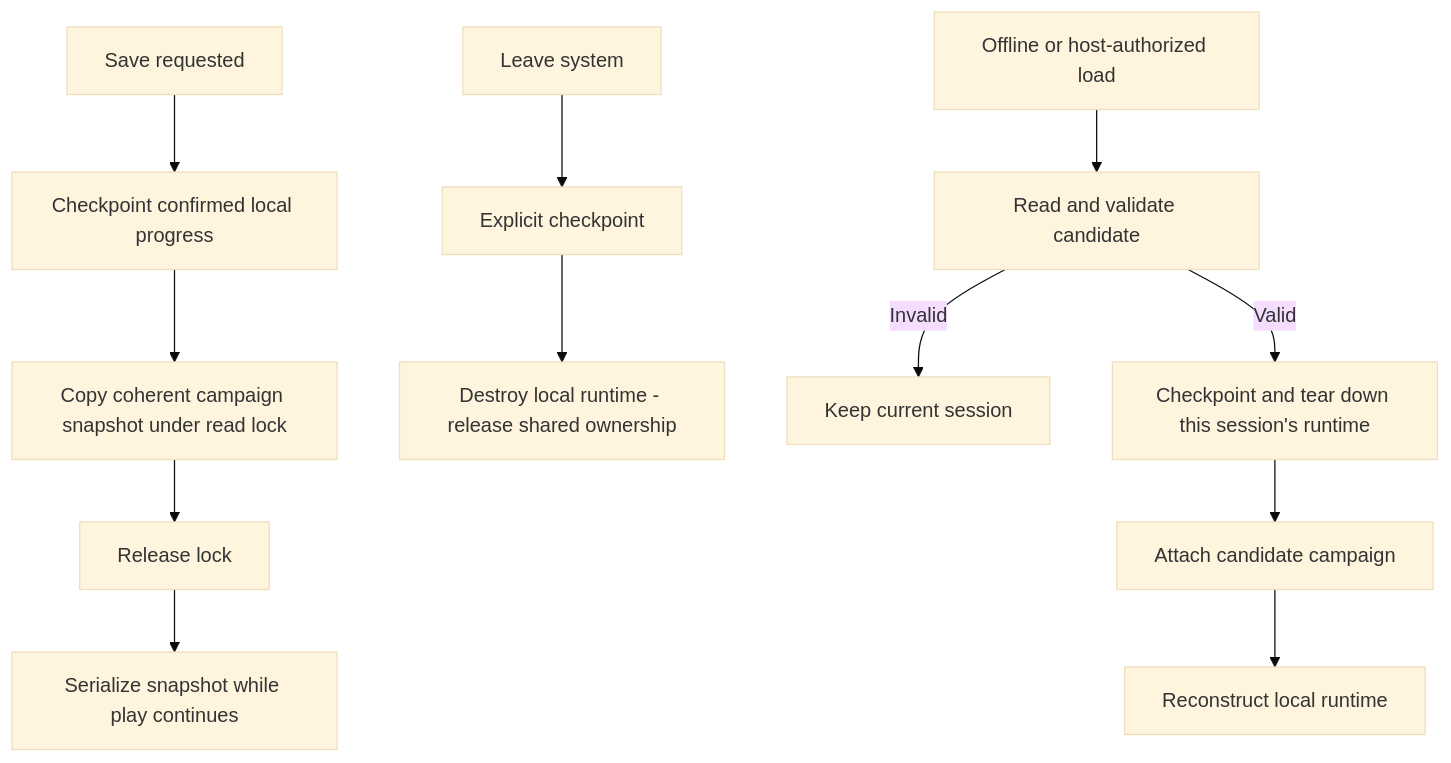
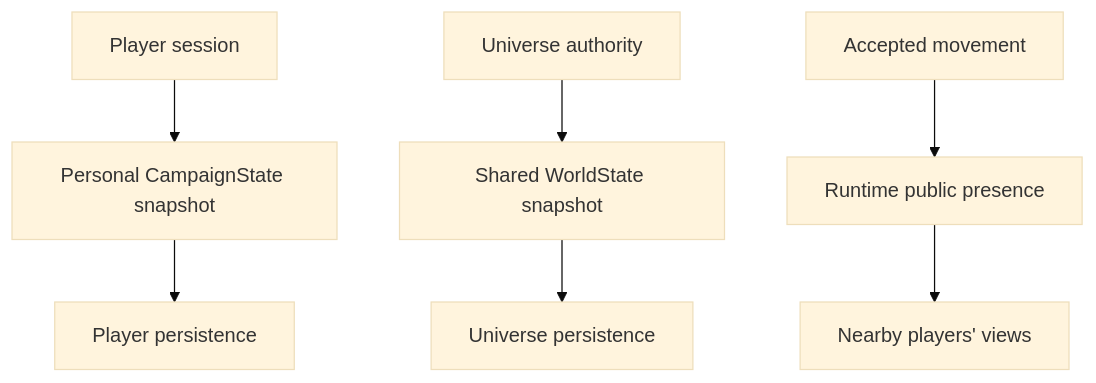
One commit to yost-jacob/uqm-cpp17 changed the second of 2 diagrams in docs/design/solar-system/README.md. Above: the diagram before and after it, drawn with Mermaid (base theme). The commit also changed other lines of this file and 6 other files, not shown here.

Commit message:
Separate personal campaigns from shared universe state

````diff
--- a/docs/design/solar-system/README.md
+++ b/docs/design/solar-system/README.md
@@ -164,14 +177,9 @@
 ```mermaid
 flowchart TD
-    Save[Save requested] --> Checkpoint[Checkpoint confirmed local progress]
-    Checkpoint --> Snapshot[Copy coherent campaign snapshot under read lock]
-    Snapshot --> Unlock[Release lock]
-    Unlock --> Write[Serialize snapshot while play continues]
-    Leave[Leave system] --> Flush[Explicit checkpoint]
-    Flush --> Destroy[Destroy local runtime - release shared ownership]
-    Load[Offline or host-authorized load] --> Validate[Read and validate candidate]
-    Validate -->|Invalid| Keep[Keep current session]
-    Validate -->|Valid| Old[Checkpoint and tear down this session's runtime]
-    Old --> Attach[Attach candidate campaign]
-    Attach --> Rebuild[Reconstruct local runtime]
+    Session[Player session] --> Personal[Personal CampaignState snapshot]
+    Host[Universe authority] --> Shared[Shared WorldState snapshot]
+    Personal --> PlayerSave[Player persistence]
+    Shared --> WorldSave[Universe persistence]
+    Movement[Accepted movement] --> Presence[Runtime public presence]
+    Presence --> Nearby[Nearby players' views]
 ```
````
